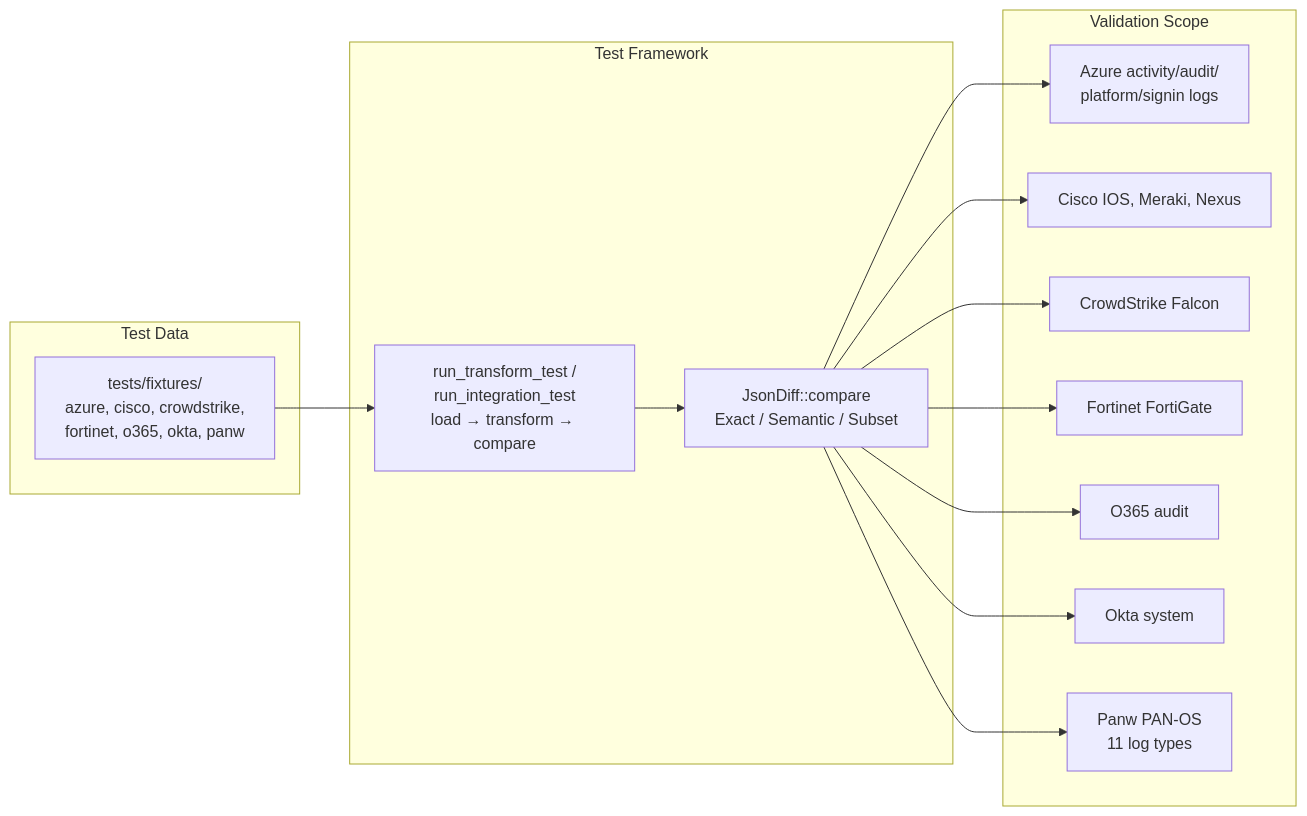
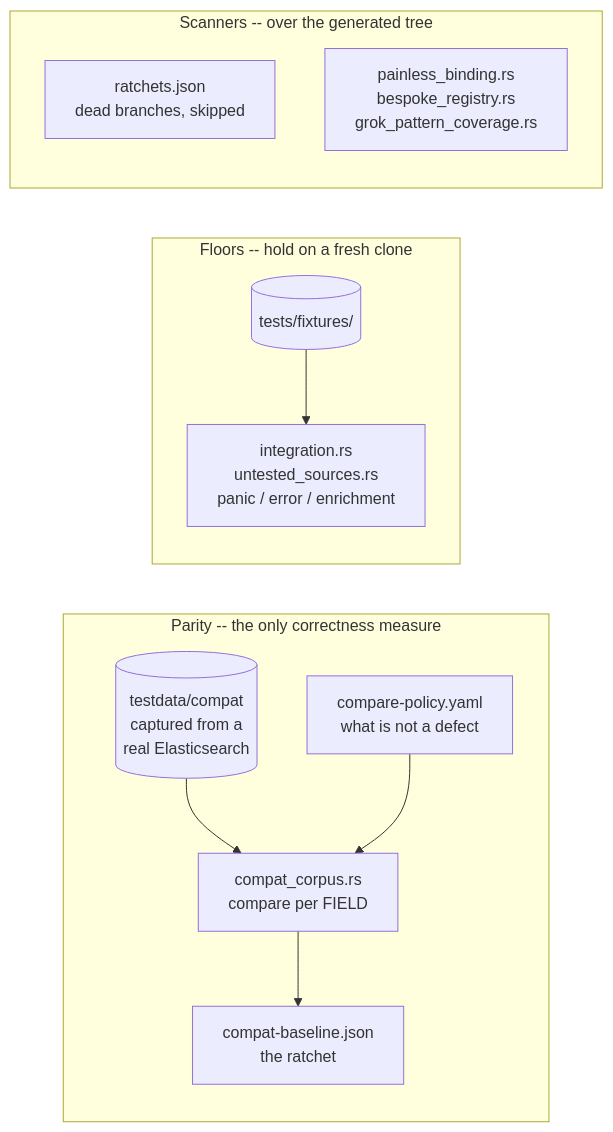
One commit to hyperi-io/dfe-transform-elastic changed the eighth of 8 diagrams in docs/DESIGN.md. Above: the diagram before and after it, drawn with Mermaid. The commit also changed other lines of this file and 3 other files, not shown here.

````diff
--- a/docs/DESIGN.md
+++ b/docs/DESIGN.md
@@ -686,24 +715,24 @@
 ```mermaid
 flowchart LR
-    subgraph "Test Data"
-        fixtures[tests/fixtures/<br/>azure, cisco, crowdstrike,<br/>fortinet, o365, okta, panw]
+    subgraph "Parity -- the only correctness measure"
+        corpus[(testdata/compat<br/>captured from a<br/>real Elasticsearch)]
+        cc[compat_corpus.rs<br/>compare per FIELD]
+        policy[compare-policy.yaml<br/>what is not a defect]
+        base[compat-baseline.json<br/>the ratchet]
     end
 
-    subgraph "Test Framework"
-        harness[run_transform_test /<br/>run_integration_test<br/>load → transform → compare]
-        cmp[JsonDiff::compare<br/>Exact / Semantic / Subset]
+    subgraph "Floors -- hold on a fresh clone"
+        fixtures[(tests/fixtures/)]
+        floors[integration.rs<br/>untested_sources.rs<br/>panic / error / enrichment]
     end
 
-    subgraph "Validation Scope"
-        az[Azure activity/audit/<br/>platform/signin logs]
-        ci[Cisco IOS, Meraki, Nexus]
-        cs[CrowdStrike Falcon]
-        fn[Fortinet FortiGate]
-        o3[O365 audit]
-        ok[Okta system]
-        pw[Panw PAN-OS<br/>11 log types]
+    subgraph "Scanners -- over the generated tree"
+        ratchets[ratchets.json<br/>dead branches, skipped]
+        binding[painless_binding.rs<br/>bespoke_registry.rs<br/>grok_pattern_coverage.rs]
     end
 
-    fixtures --> harness --> cmp
-    cmp --> az & ci & cs & fn & o3 & ok & pw
+    corpus --> cc
+    policy --> cc
+    cc --> base
+    fixtures --> floors
 ```
````
